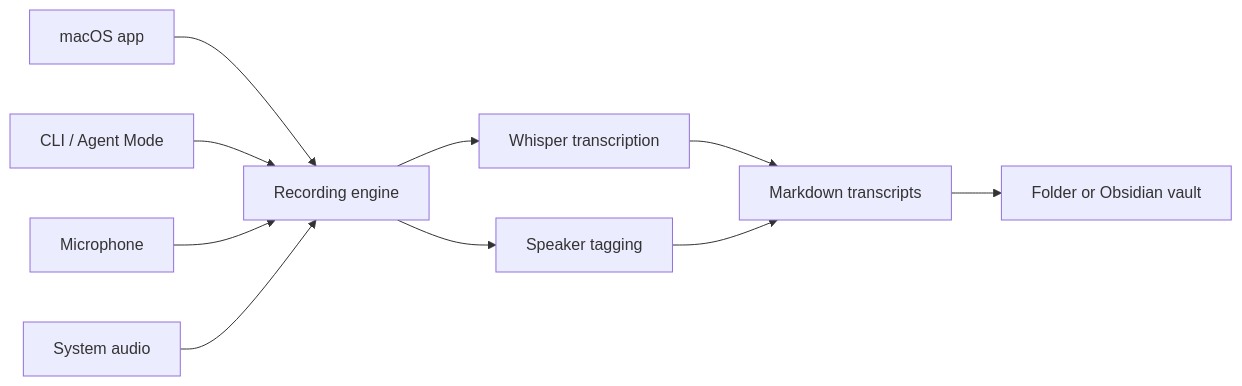
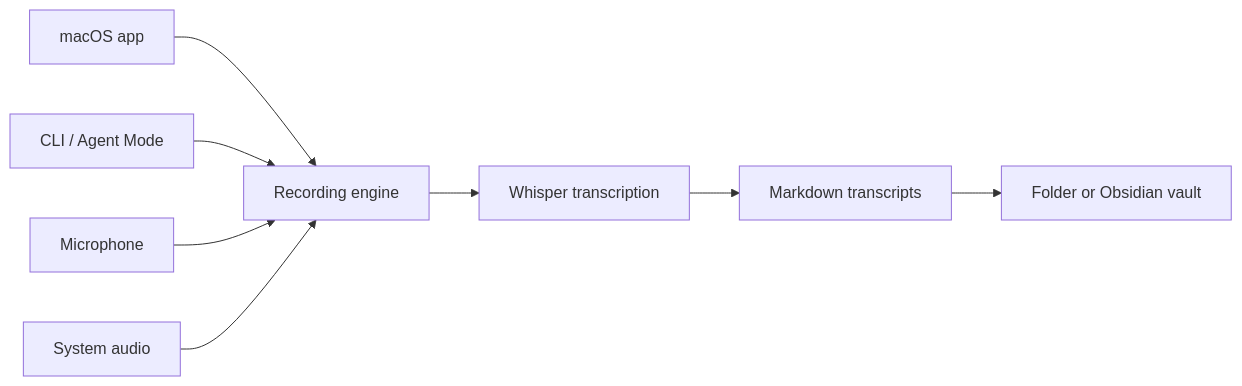
The first of 2 diagrams in README.md (flyngaa/hover), drawn with Mermaid before and after one commit. The commit also changed other lines of this file and 45 other files, not shown here.

````diff
--- a/README.md
+++ b/README.md
@@ -88,12 +88,10 @@
 ```mermaid
 flowchart LR
     App["macOS app"] --> Engine["Recording engine"]
     CLI["CLI / Agent Mode"] --> Engine
     Mic["Microphone"] --> Engine
     System["System audio"] --> Engine
     Engine --> Whisper["Whisper transcription"]
-    Engine --> Speakers["Speaker tagging"]
     Whisper --> Transcripts["Markdown transcripts"]
-    Speakers --> Transcripts
     Transcripts --> Storage["Folder or Obsidian vault"]
 ```
````
